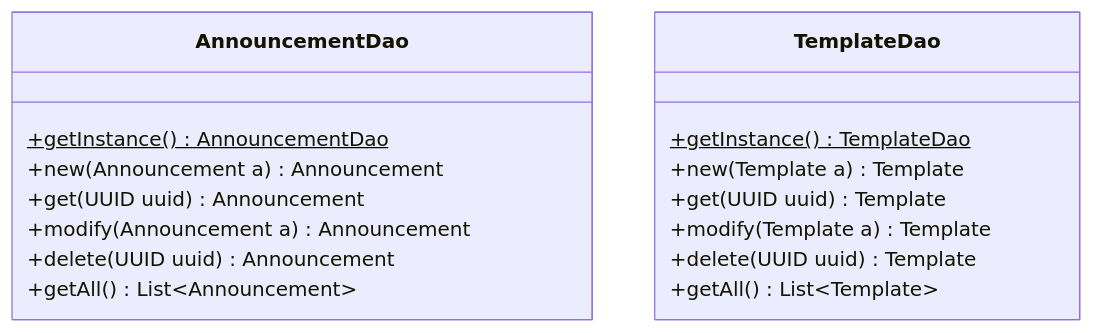
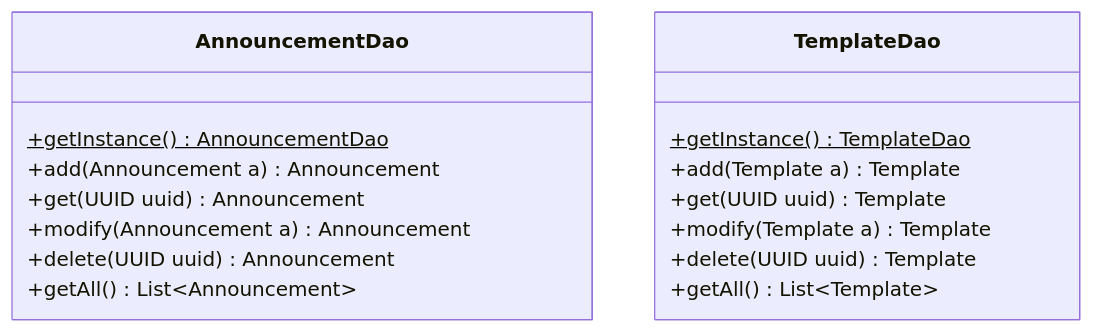
The second of 3 diagrams in docs/class-diagram.md (nanoyou/MaidNana), drawn with Mermaid before and after one commit. The commit also changed other lines of this file, not shown here.

Commit message:
doc: 修改方法名称

````diff
--- a/docs/class-diagram.md
+++ b/docs/class-diagram.md
@@ -63,21 +63,21 @@
 ```mermaid
 classDiagram
 class AnnouncementDao {
     +getInstance()$ AnnouncementDao
     
-    +new(Announcement a) Announcement
+    +add(Announcement a) Announcement
     +get(UUID uuid) Announcement
     +modify(Announcement a) Announcement
     +delete(UUID uuid) Announcement 
     +getAll() List~Announcement~
 }
 class TemplateDao {
     +getInstance()$ TemplateDao
     
-    +new(Template a) Template
+    +add(Template a) Template
     +get(UUID uuid) Template
     +modify(Template a) Template
     +delete(UUID uuid) Template
     +getAll() List~Template~
 }
 ```
````
